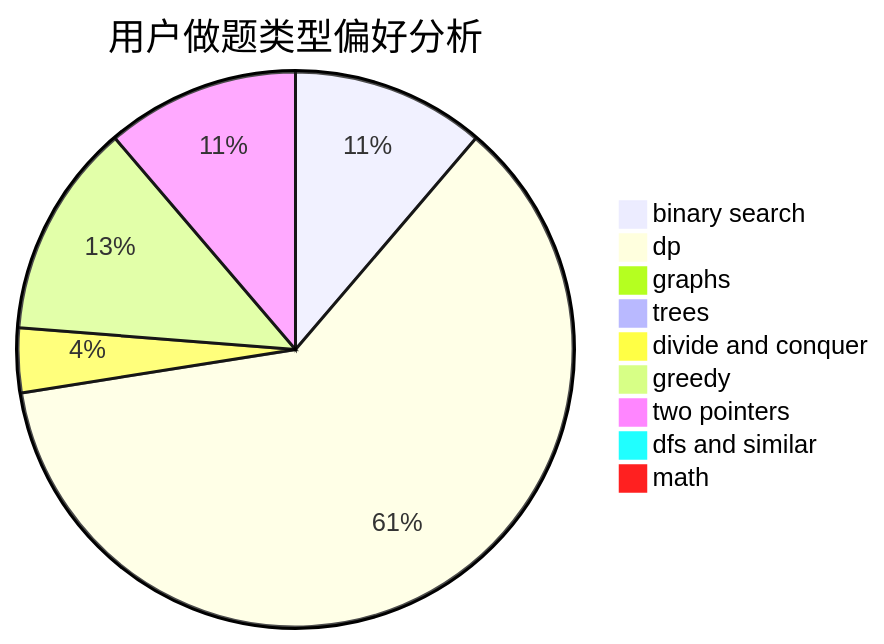
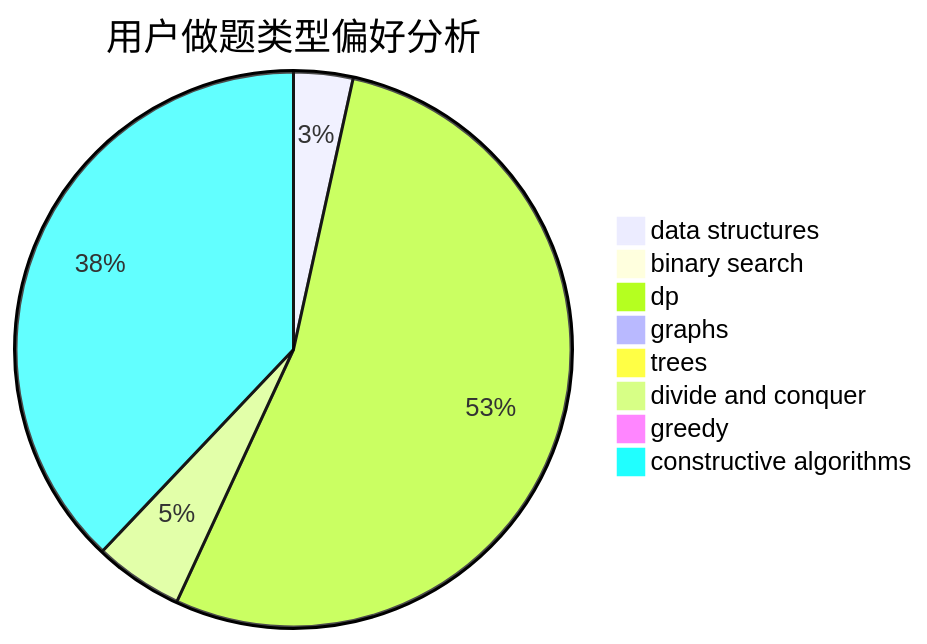
Before and after one commit to sherpahu/cfrs.github.io: the second of 3 diagrams in docs/user/u2314.md, drawn with Mermaid. The commit also changed other lines of this file and 2775 other files, not shown here.

````diff
--- a/docs/user/u2314.md
+++ b/docs/user/u2314.md
@@ -23,12 +23,11 @@
 ```mermaid
 pie title 用户做题类型偏好分析
-    "binary search" :  9
-    "dp" :  49
+    "data structures" :  2
+    "binary search" :  0
+    "dp" :  31
     "graphs" :  0
     "trees" :  0
     "divide and conquer" :  3
-    "greedy" :  10
-    "two pointers" :  9
-    "dfs and similar" :  0
-    "math" :  0
+    "greedy" :  0
+    "constructive algorithms" :  22
 ```
````
